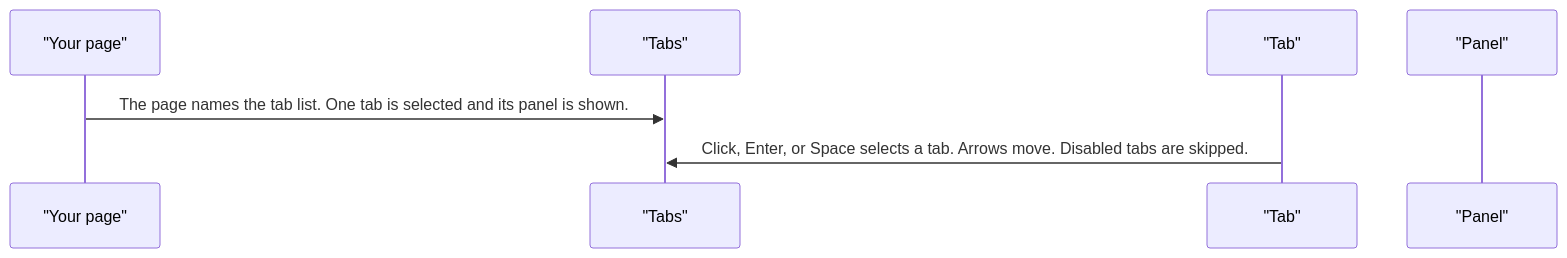
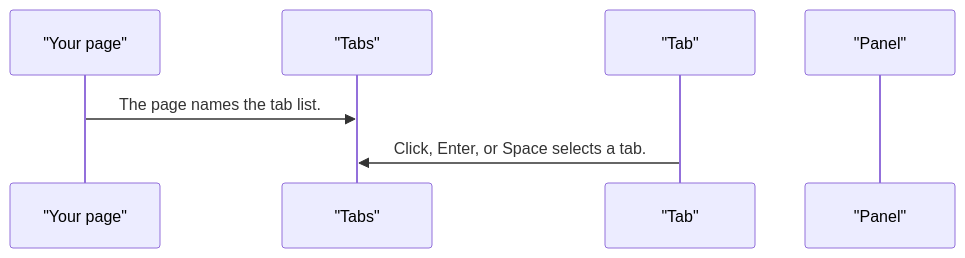
The second of 5 diagrams in projects/pixel-ui/src/lib/pixel-tabs/DESIGN.md (RajshekharBorate/pixel-ui), drawn with Mermaid before and after one commit. The commit also changed other lines of this file and 80 other files, not shown here.

Commit message:
Fill missing design flows and correct the stories that did not match component behavior.

````diff
--- a/projects/pixel-ui/src/lib/pixel-tabs/DESIGN.md
+++ b/projects/pixel-ui/src/lib/pixel-tabs/DESIGN.md
@@ -62,9 +62,9 @@
 ```mermaid
 sequenceDiagram
   participant page as "Your page"
   participant tabs as "Tabs"
   participant tab as "Tab"
   participant panel as "Panel"
-  page->>tabs: The page names the tab list. One tab is selected and its panel is shown.
-  tab->>tabs: Click, Enter, or Space selects a tab. Arrows move. Disabled tabs are skipped.
+  page->>tabs: The page names the tab list.
+  tab->>tabs: Click, Enter, or Space selects a tab.
 ```
````
